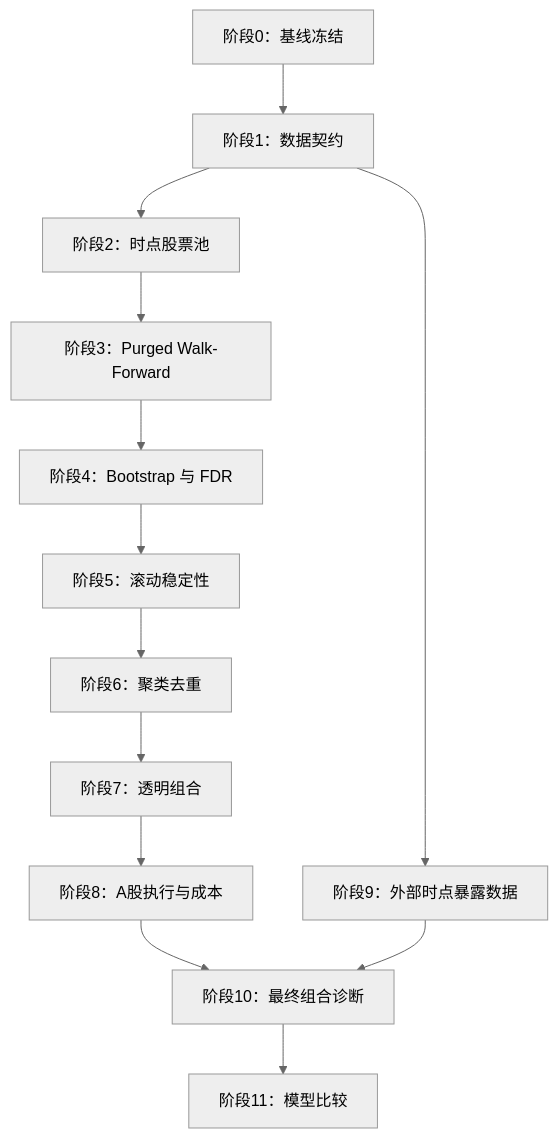
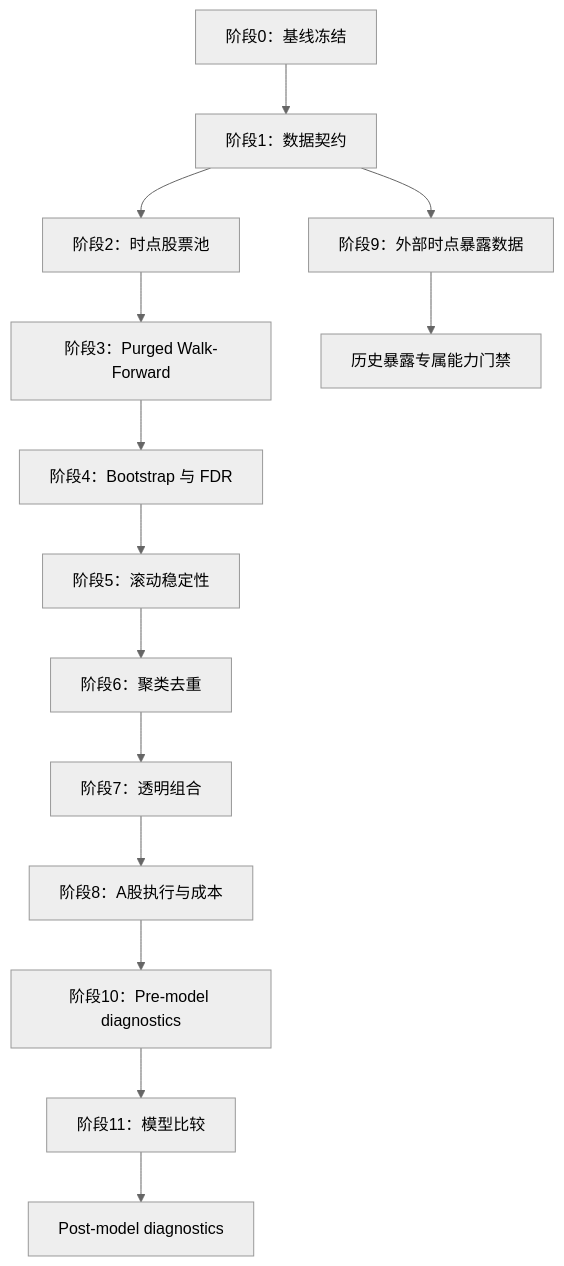
One commit to PanGucheng/a-share-quant-research changed the diagram in docs/FACTOR_VALIDATION_ROADMAP_V1.md. Above: the diagram before and after it, drawn with Mermaid (neutral theme). The commit also changed other lines of this file and 4 other files, not shown here.

````diff
--- a/docs/FACTOR_VALIDATION_ROADMAP_V1.md
+++ b/docs/FACTOR_VALIDATION_ROADMAP_V1.md
@@ -121,15 +127,16 @@
 ```mermaid
 flowchart TD
     S0["阶段0：基线冻结"] --> S1["阶段1：数据契约"]
     S1 --> S2["阶段2：时点股票池"]
     S2 --> S3["阶段3：Purged Walk-Forward"]
     S3 --> S4["阶段4：Bootstrap 与 FDR"]
     S4 --> S5["阶段5：滚动稳定性"]
     S5 --> S6["阶段6：聚类去重"]
     S6 --> S7["阶段7：透明组合"]
     S7 --> S8["阶段8：A股执行与成本"]
-    S8 --> S10["阶段10：最终组合诊断"]
+    S8 --> S10["阶段10：Pre-model diagnostics"]
     S1 --> S9["阶段9：外部时点暴露数据"]
-    S9 --> S10
+    S9 --> S9G["历史暴露专属能力门禁"]
     S10 --> S11["阶段11：模型比较"]
+    S11 --> S10P["Post-model diagnostics"]
 ```
````
